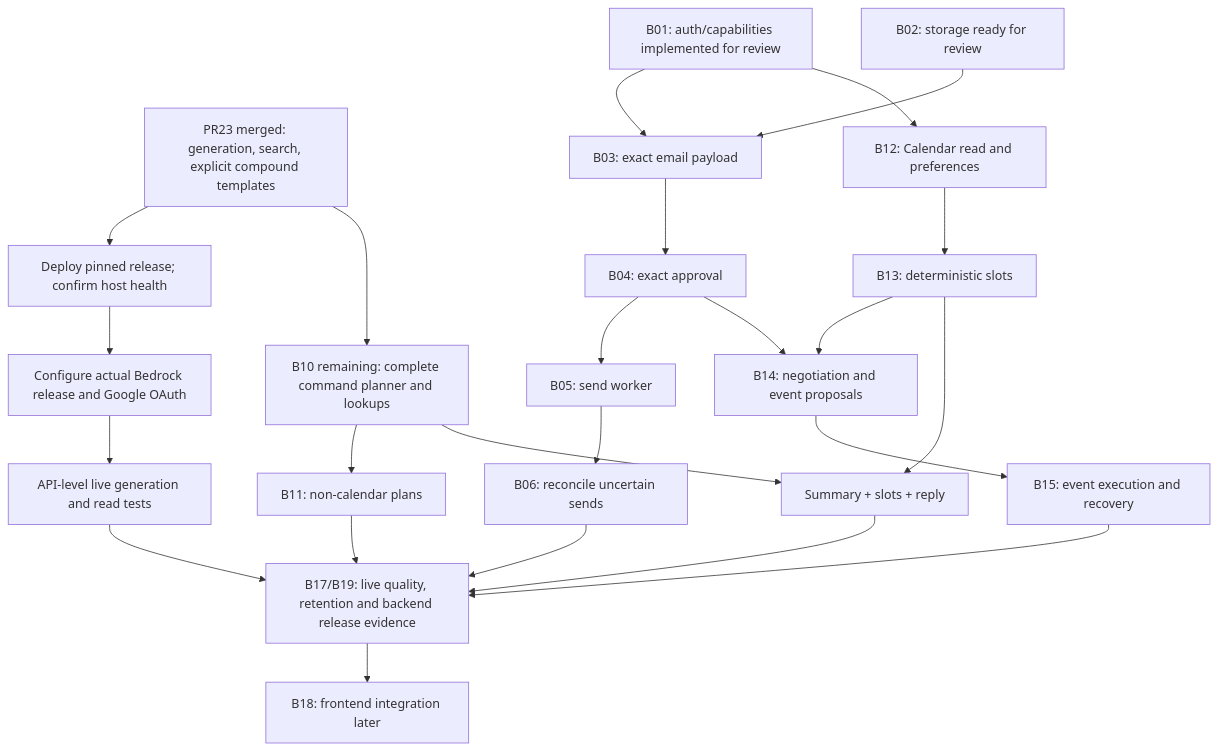
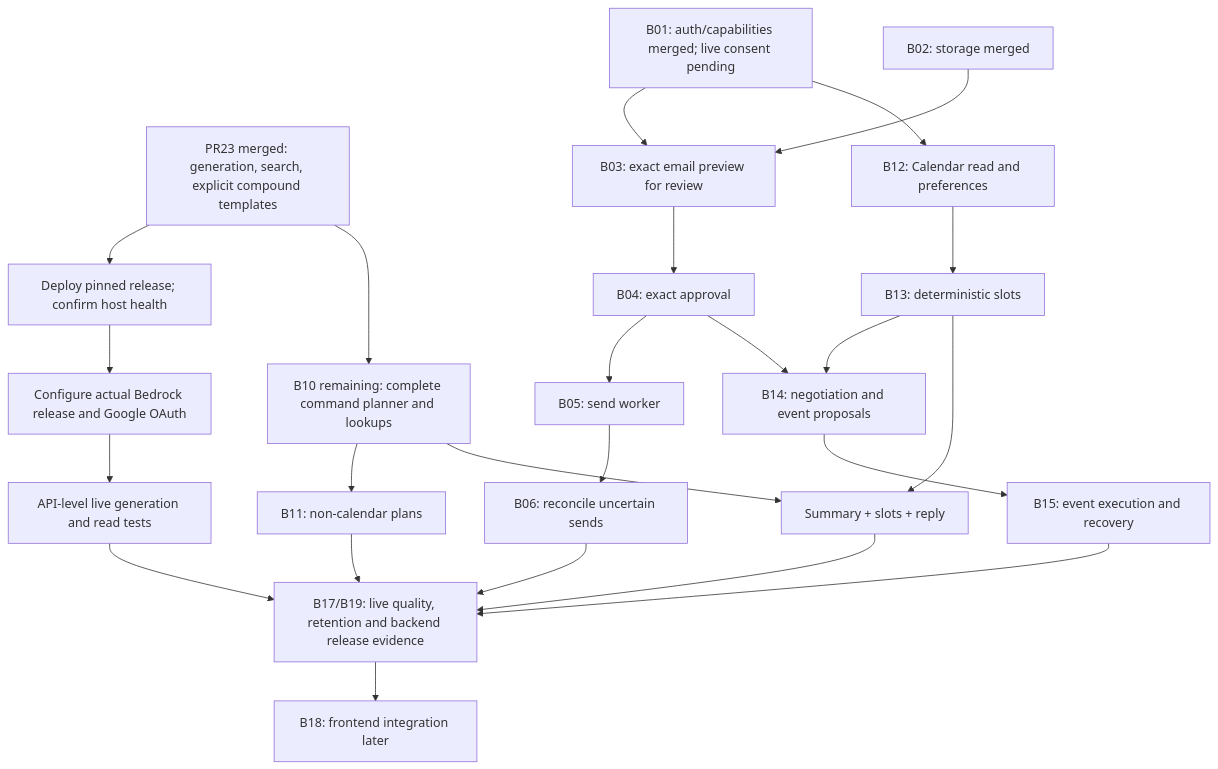
One commit to bhowmikdham/Threadly changed the second of 2 diagrams in docs/workflow-testing-map.md. Above: the diagram before and after it, drawn with Mermaid. The commit also changed other lines of this file and 17 other files, not shown here.

Commit message:
feat(actions): freeze exact edited-email MIME previews

````diff
--- a/docs/workflow-testing-map.md
+++ b/docs/workflow-testing-map.md
@@ -144,26 +145,26 @@
 ```mermaid
 flowchart TD
     MERGED[PR23 merged: generation, search, explicit compound templates] --> DEPLOY[Deploy pinned release; confirm host health]
     DEPLOY --> CONFIG[Configure actual Bedrock release and Google OAuth]
     CONFIG --> READTEST[API-level live generation and read tests]
-    B01[B01: auth/capabilities implemented for review] --> B03[B03: exact email payload]
-    B02[B02: storage ready for review] --> B03
+    B01[B01: auth/capabilities merged; live consent pending] --> B03[B03: exact email preview for review]
+    B02[B02: storage merged] --> B03
     B03 --> B04[B04: exact approval]
     B04 --> B05[B05: send worker]
     B05 --> B06[B06: reconcile uncertain sends]
     B01 --> B12[B12: Calendar read and preferences]
     B12 --> B13[B13: deterministic slots]
     B13 --> B14[B14: negotiation and event proposals]
     B04 --> B14
     B14 --> B15[B15: event execution and recovery]
     MERGED --> B10[B10 remaining: complete command planner and lookups]
     B10 --> B11[B11: non-calendar plans]
     B10 --> COMPOUND[Summary + slots + reply]
     B13 --> COMPOUND
     READTEST --> GATE[B17/B19: live quality, retention and backend release evidence]
     B06 --> GATE
     B15 --> GATE
     B11 --> GATE
     COMPOUND --> GATE
     GATE --> FRONT[B18: frontend integration later]
 ```
````
